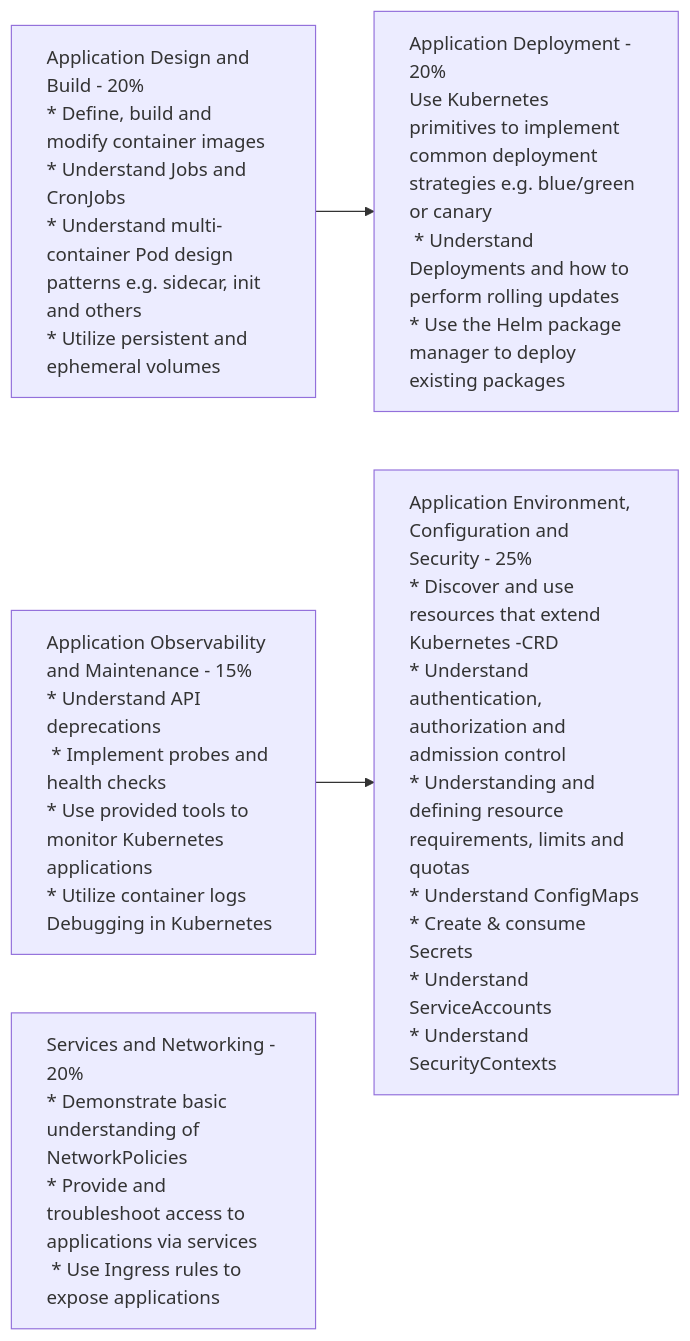
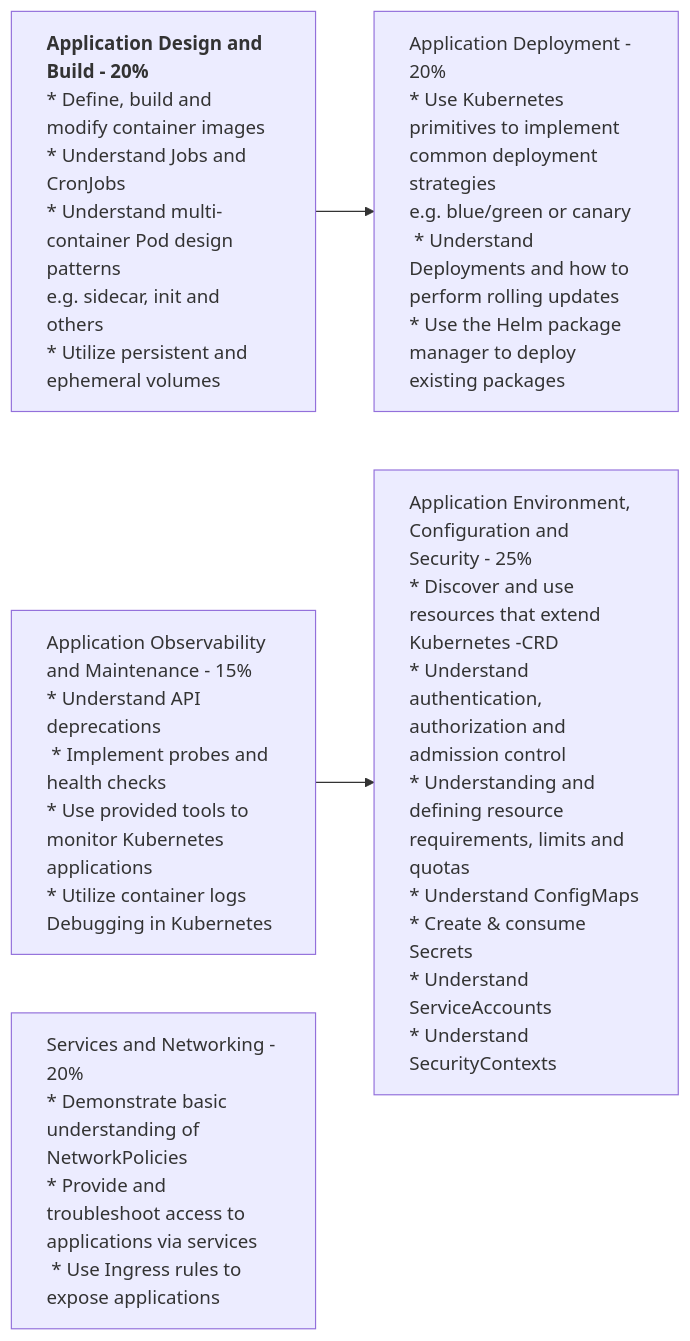
Before and after one commit to edithturn/CKAD-training: the diagram in README.md, drawn with Mermaid.

Commit message:
domain part II

````diff
--- a/README.md
+++ b/README.md
@@ -13,15 +13,15 @@
 ```mermaid
 flowchart LR
-A[Application Design and Build - 20%<br />* Define, build and modify container images<br />* Understand Jobs and CronJobs<br />* Understand multi-container Pod design patterns e.g. sidecar, init and others<br />* Utilize persistent and ephemeral volumes] --> B
+A[<strong>Application Design and Build - 20%</strong><br />* Define, build and modify container images<br />* Understand Jobs and CronJobs<br />* Understand multi-container Pod design patterns <br />e.g. sidecar, init and others<br />* Utilize persistent and ephemeral volumes] --> B
 style A text-align:left
 
-B[Application Deployment - 20%<br />Use Kubernetes primitives to implement common deployment strategies e.g. blue/green or canary<br /> * Understand Deployments and how to perform rolling updates<br />* Use the Helm package manager to deploy existing packages]
+B[Application Deployment - 20%<br />* Use Kubernetes primitives to implement common deployment strategies <br />e.g. blue/green or canary<br /> * Understand Deployments and how to perform rolling updates<br />* Use the Helm package manager to deploy existing packages]
 style B text-align:left
 
 C[Application Observability and Maintenance - 15%<br />* Understand API deprecations<br /> * Implement probes and health checks<br />* Use provided tools to monitor Kubernetes applications<br />* Utilize container logs Debugging in Kubernetes] --> D
 style C text-align:left
 D[Application Environment, Configuration and Security - 25%<br />* Discover and use resources that extend Kubernetes -CRD<br />* Understand authentication, authorization and admission control<br />* Understanding and defining resource requirements, limits and quotas<br />* Understand ConfigMaps<br />* Create & consume Secrets<br />* Understand ServiceAccounts<br />* Understand SecurityContexts]
 style D text-align:left
 E[Services and Networking - 20%<br />* Demonstrate basic understanding of NetworkPolicies<br />* Provide and troubleshoot access to applications via services<br /> * Use Ingress rules to expose applications]
 style E text-align:left
 ```
````
